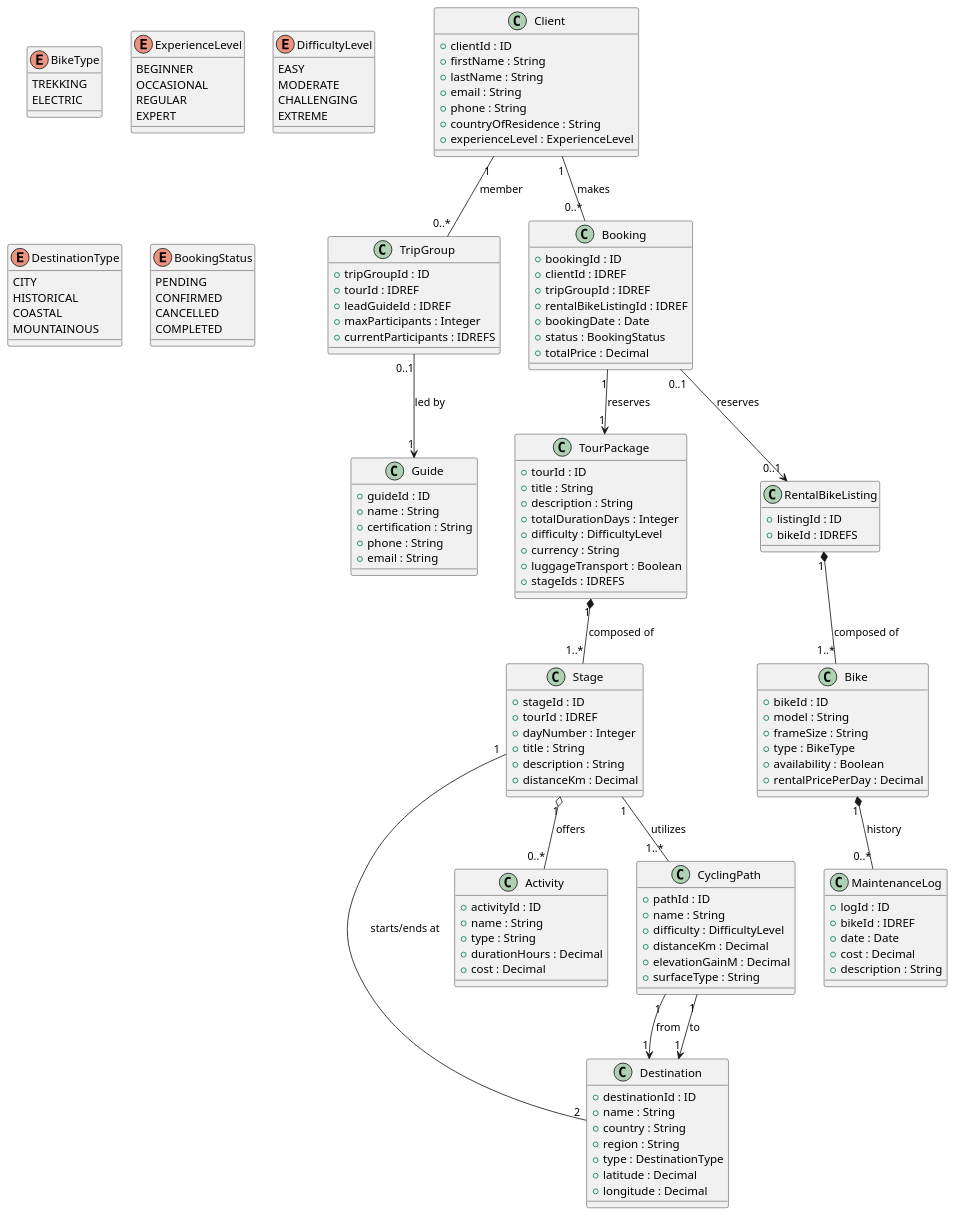
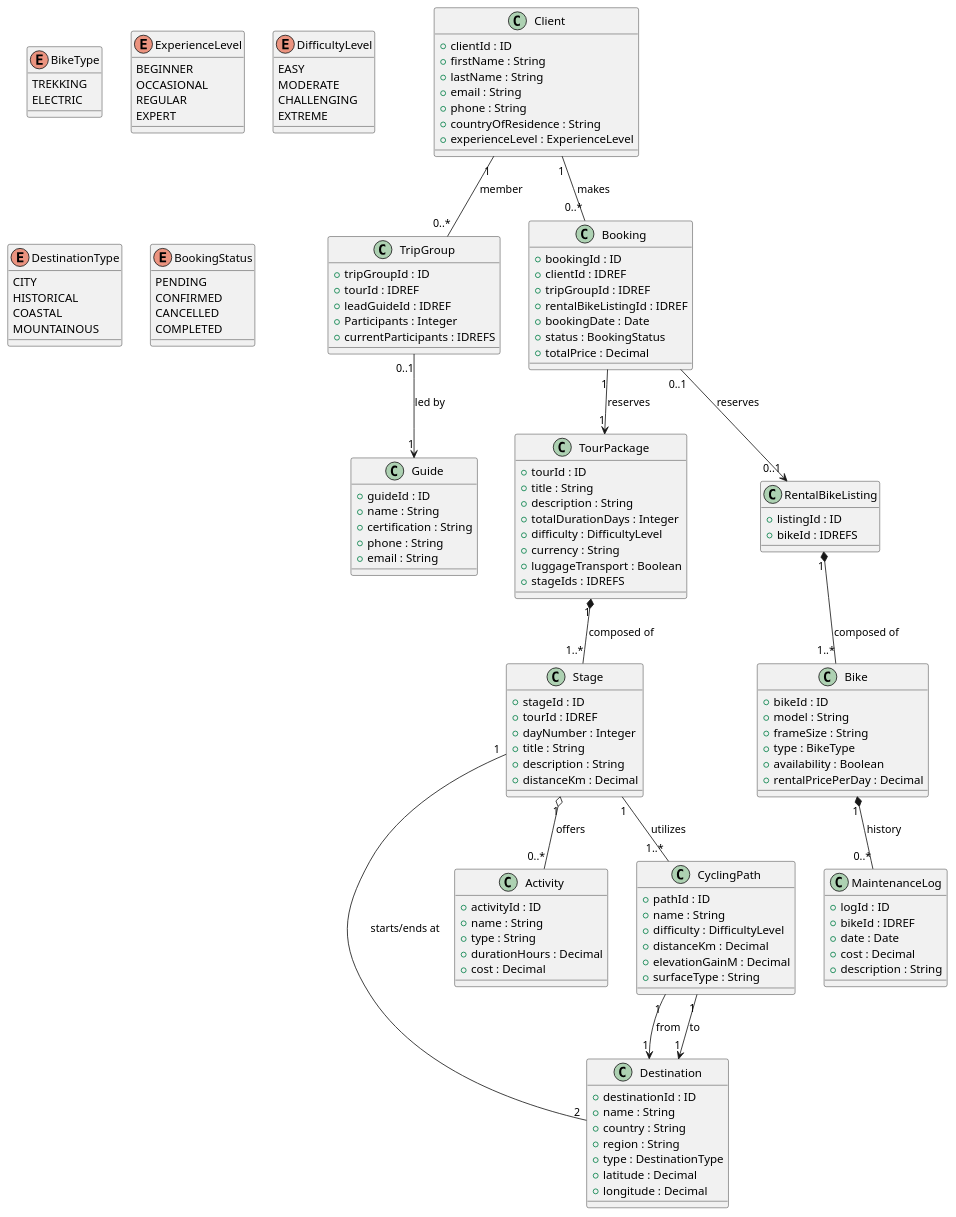
One commit to jasensteve10/Data_Pipeline changed the diagram in final_model.puml. Above: the diagram before and after it, drawn with PlantUML.

Commit message:
Fix typo in TripGroup class

```diff
--- a/final_model.puml
+++ b/final_model.puml
@@ -1,171 +1,171 @@
 @startuml
 
 ' ==== Enums ====
 enum BikeType {
     TREKKING
     ELECTRIC
 }
 
 enum ExperienceLevel {
     BEGINNER
     OCCASIONAL
     REGULAR
     EXPERT
 }
 
 enum DifficultyLevel {
     EASY
     MODERATE
     CHALLENGING
     EXTREME
 }
 
 enum DestinationType {
     CITY
     HISTORICAL
     COASTAL
     MOUNTAINOUS
 }
 
 enum BookingStatus {
     PENDING
     CONFIRMED
     CANCELLED
     COMPLETED
 }
 
 ' ==== Main classes ====
 
 class Client {
     +clientId : ID
     +firstName : String
     +lastName : String
     +email : String
     +phone : String
     +countryOfResidence : String
     +experienceLevel : ExperienceLevel
 }
 
 class Guide {
     +guideId : ID
     +name : String
     +certification : String
     +phone : String
     +email : String
 }
 
 class TourPackage {
     +tourId : ID
     +title : String
     +description : String
     +totalDurationDays : Integer
     +difficulty : DifficultyLevel
     +currency : String
     +luggageTransport : Boolean
     +stageIds : IDREFS
 }
 
 class TripGroup {
     +tripGroupId : ID
     +tourId : IDREF
     +leadGuideId : IDREF
-    +maxParticipants : Integer
+    +Participants : Integer
     +currentParticipants : IDREFS
 }
 
     class Stage {
         +stageId : ID
         +tourId : IDREF
         +dayNumber : Integer
         +title : String
         +description : String
         +distanceKm : Decimal
     }
 
     class Destination {
         +destinationId : ID
         +name : String
         +country : String
         +region : String
         +type : DestinationType
         +latitude : Decimal
         +longitude : Decimal
     }
 
     class Activity {
         +activityId : ID
         +name : String
         +type : String
         +durationHours : Decimal
         +cost : Decimal
     }
 
     class CyclingPath {
         +pathId : ID
         +name : String
         +difficulty : DifficultyLevel
         +distanceKm : Decimal
         +elevationGainM : Decimal
         +surfaceType : String
     }
 
 class Bike {
     +bikeId : ID
     +model : String
     +frameSize : String
     +type : BikeType
     +availability : Boolean
     +rentalPricePerDay : Decimal
 }
 
 class RentalBikeListing {
     +listingId : ID
     +bikeId : IDREFS
 }
 
 class MaintenanceLog {
     +logId : ID
     +bikeId : IDREF
     +date : Date
     +cost : Decimal
     +description : String
 }
 
 class Booking {
     +bookingId : ID
     +clientId : IDREF
     +tripGroupId : IDREF
     +rentalBikeListingId : IDREF
     +bookingDate : Date
     +status : BookingStatus
     +totalPrice : Decimal
 }
 
 ' ==== Associations ====
 
 ' 1. A Tour Package is composed of sequential Stages
 TourPackage "1" *-- "1..*" Stage : composed of
 
 ' 2. A TripGroup is an INSTANCE of a TourPackage
 TripGroup "0..1" --> "1" Guide : led by
 
 ' 3. Clients book a spot in a TripGroup
 Client "1" -- "0..*" Booking : makes
 Booking "1" --> "1" TourPackage : reserves
 Booking "0..1" --> "0..1" RentalBikeListing : reserves
 Client "1" -- "0..*" TripGroup : member 
 
 ' 4. Stage details
 Stage "1" o-- "0..*" Activity : offers
 Stage "1" -- "1..*" CyclingPath : utilizes
 Stage "1" -- "2" Destination : starts/ends at
 
 ' 5. Geographic Logic
 CyclingPath "1" --> "1" Destination : from
 CyclingPath "1" --> "1" Destination : to
 
 ' 6. Fleet Management
 Bike "1" *-- "0..*" MaintenanceLog : history
 RentalBikeListing "1" *-- "1..*" Bike : composed of
 
 @enduml
```
